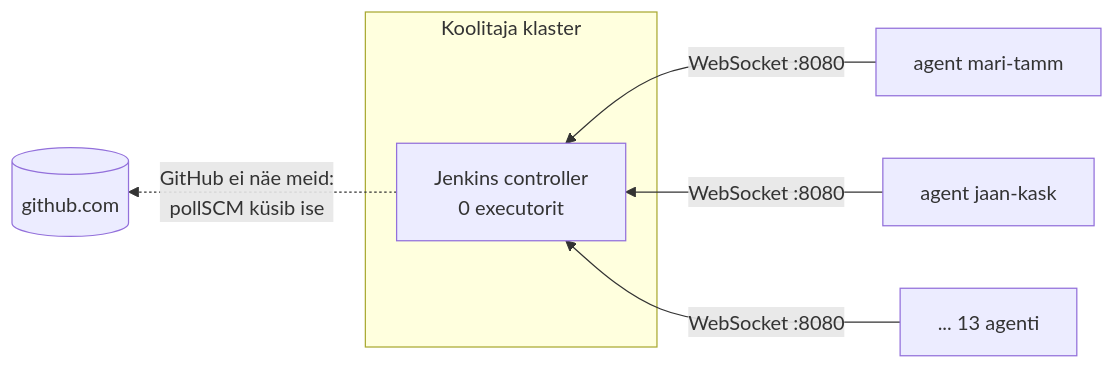
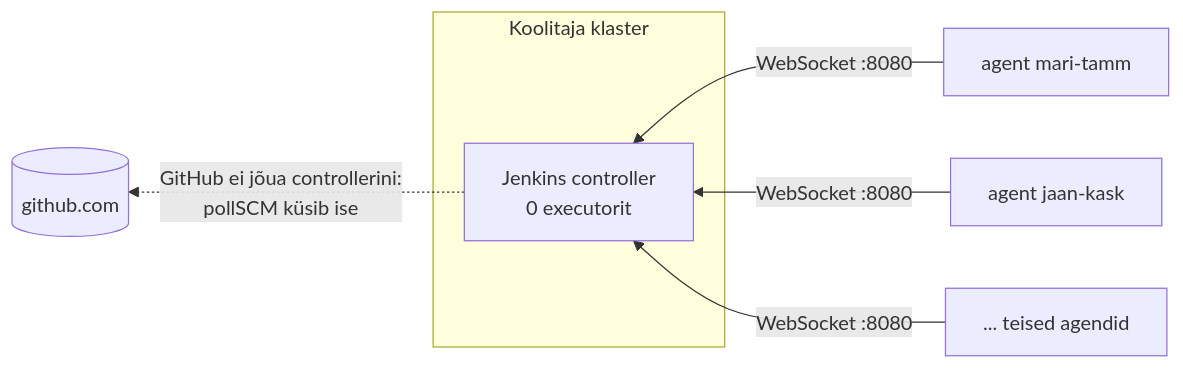
Before and after one commit to hkhk-tk/is1-automatiseerimine: the diagram in docs/k06/loeng.md, drawn with Mermaid. The commit also changed other lines of this file and 31 other files, not shown here.

````diff
--- a/docs/k06/loeng.md
+++ b/docs/k06/loeng.md
@@ -43,10 +182,10 @@
 ```mermaid
 flowchart RL
     subgraph K[Koolitaja klaster]
         J[Jenkins controller<br/>0 executorit]
     end
     A1[agent mari-tamm] -- "WebSocket :8080" --> J
     A2[agent jaan-kask] -- "WebSocket :8080" --> J
-    A3[... 13 agenti] -- "WebSocket :8080" --> J
-    J -. "GitHub ei näe meid:<br/>pollSCM küsib ise" .-> G[(github.com)]
+    A3[... teised agendid] -- "WebSocket :8080" --> J
+    J -. "GitHub ei jõua controllerini:<br/>pollSCM küsib ise" .-> G[(github.com)]
 ```
````
